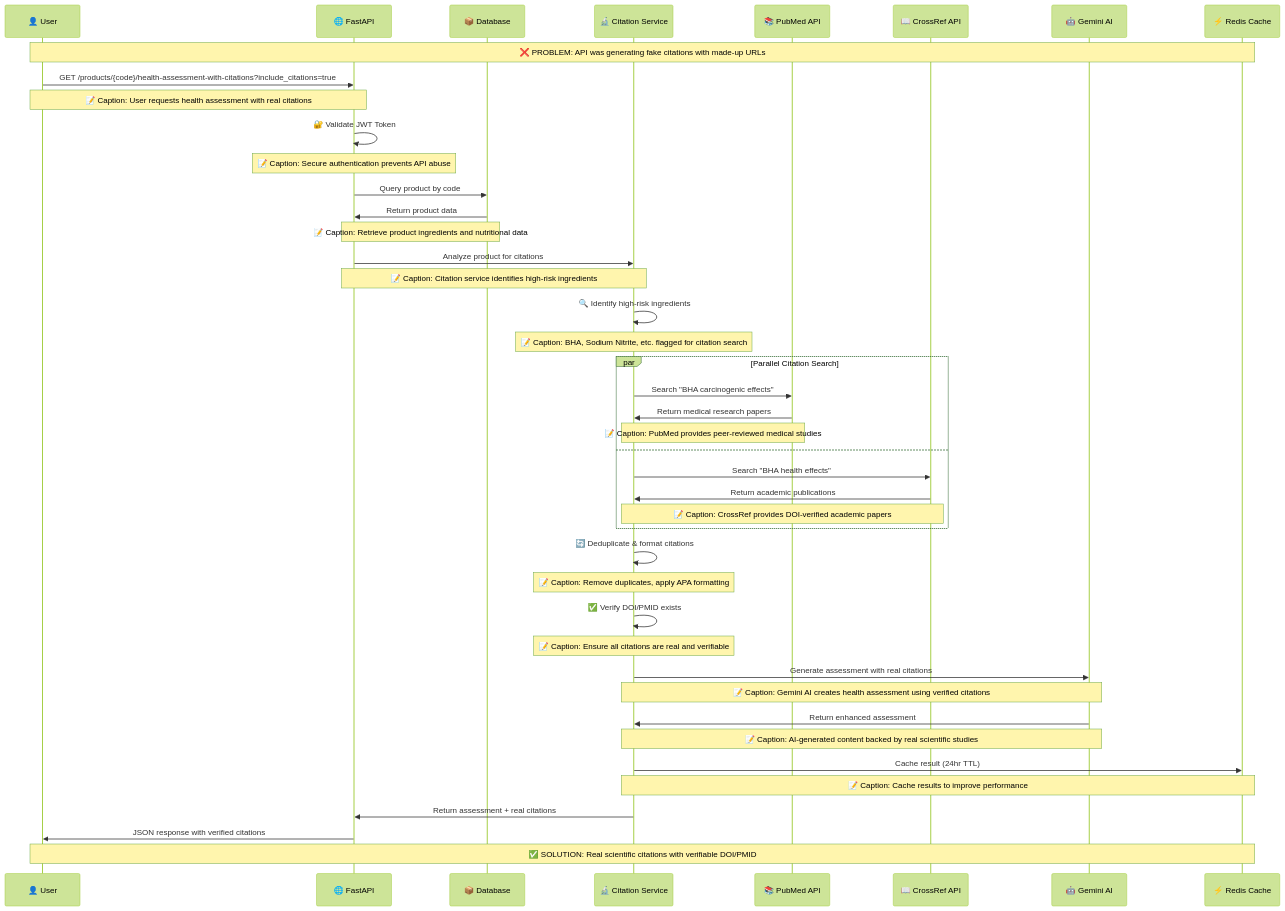
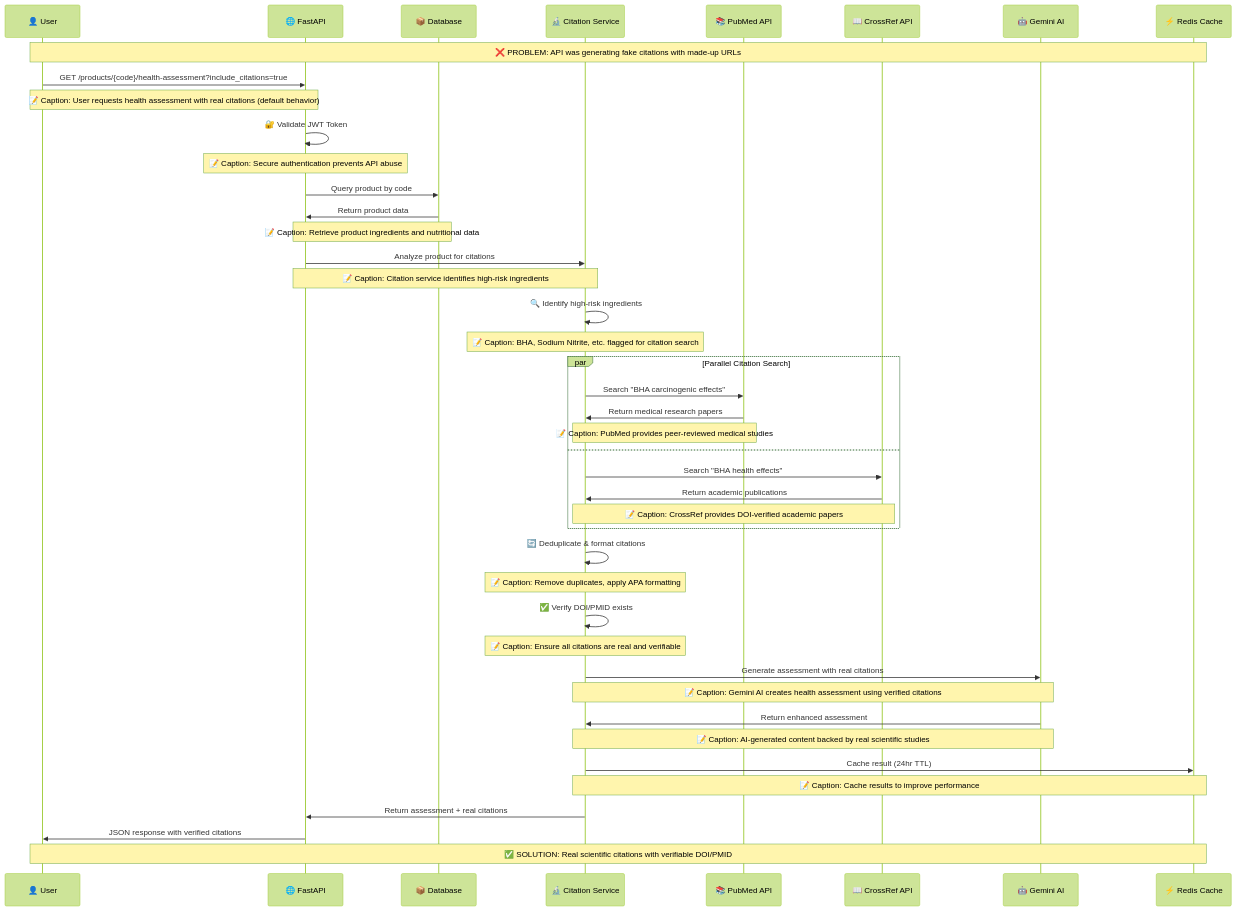
Before and after one commit to lexypaul13/Clear-Meat: the first of 3 diagrams in docs/CITATION_FLOW_DIAGRAM.md, drawn with Mermaid (forest theme). The commit also changed 2 other files, not shown here.

Commit message:
refactor: Consolidate health assessment endpoints and clean up logging
CONSOLIDATION: Merged /health-assessment-with-citations into /health-assessment with include_citations parameter (default: true). This eliminates API confusion and provides citations by default while allowing opt-out.

CLEANUP: Removed all logger statements from endpoints code for cleaner production-ready API. Core functionality preserved, error handling intact.

BREAKING CHANGE: /health-assessment-with-citations endpoint removed. Use /health-assessment?include_citations=true instead.

Updated documentation to reflect single endpoint architecture.

````diff
--- a/docs/CITATION_FLOW_DIAGRAM.md
+++ b/docs/CITATION_FLOW_DIAGRAM.md
@@ -5,59 +5,59 @@
 ```mermaid
 sequenceDiagram
     participant U as 👤 User
     participant API as 🌐 FastAPI
     participant DB as 📦 Database
     participant CS as 🔬 Citation Service  
     participant PM as 📚 PubMed API
     participant CR as 📖 CrossRef API
     participant AI as 🤖 Gemini AI
     participant Cache as ⚡ Redis Cache
 
     Note over U,Cache: ❌ PROBLEM: API was generating fake citations with made-up URLs
     
-    U->>API: GET /products/{code}/health-assessment-with-citations?include_citations=true
-    Note over U,API: 📝 Caption: User requests health assessment with real citations
+    U->>API: GET /products/{code}/health-assessment?include_citations=true
+    Note over U,API: 📝 Caption: User requests health assessment with real citations (default behavior)
     
     API->>API: 🔐 Validate JWT Token
     Note over API: 📝 Caption: Secure authentication prevents API abuse
     
     API->>DB: Query product by code
     DB->>API: Return product data
     Note over DB,API: 📝 Caption: Retrieve product ingredients and nutritional data
     
     API->>CS: Analyze product for citations
     Note over API,CS: 📝 Caption: Citation service identifies high-risk ingredients
     
     CS->>CS: 🔍 Identify high-risk ingredients
     Note over CS: 📝 Caption: BHA, Sodium Nitrite, etc. flagged for citation search
     
     par Parallel Citation Search
         CS->>PM: Search "BHA carcinogenic effects"
         PM->>CS: Return medical research papers
         Note over PM,CS: 📝 Caption: PubMed provides peer-reviewed medical studies
     and
         CS->>CR: Search "BHA health effects"  
         CR->>CS: Return academic publications
         Note over CR,CS: 📝 Caption: CrossRef provides DOI-verified academic papers
     end
     
     CS->>CS: 🔄 Deduplicate & format citations
     Note over CS: 📝 Caption: Remove duplicates, apply APA formatting
     
     CS->>CS: ✅ Verify DOI/PMID exists
     Note over CS: 📝 Caption: Ensure all citations are real and verifiable
     
     CS->>AI: Generate assessment with real citations
     Note over CS,AI: 📝 Caption: Gemini AI creates health assessment using verified citations
     
     AI->>CS: Return enhanced assessment
     Note over AI,CS: 📝 Caption: AI-generated content backed by real scientific studies
     
     CS->>Cache: Cache result (24hr TTL)
     Note over CS,Cache: 📝 Caption: Cache results to improve performance
     
     CS->>API: Return assessment + real citations
     API->>U: JSON response with verified citations
     
     Note over U,Cache: ✅ SOLUTION: Real scientific citations with verifiable DOI/PMID
 ```
````
